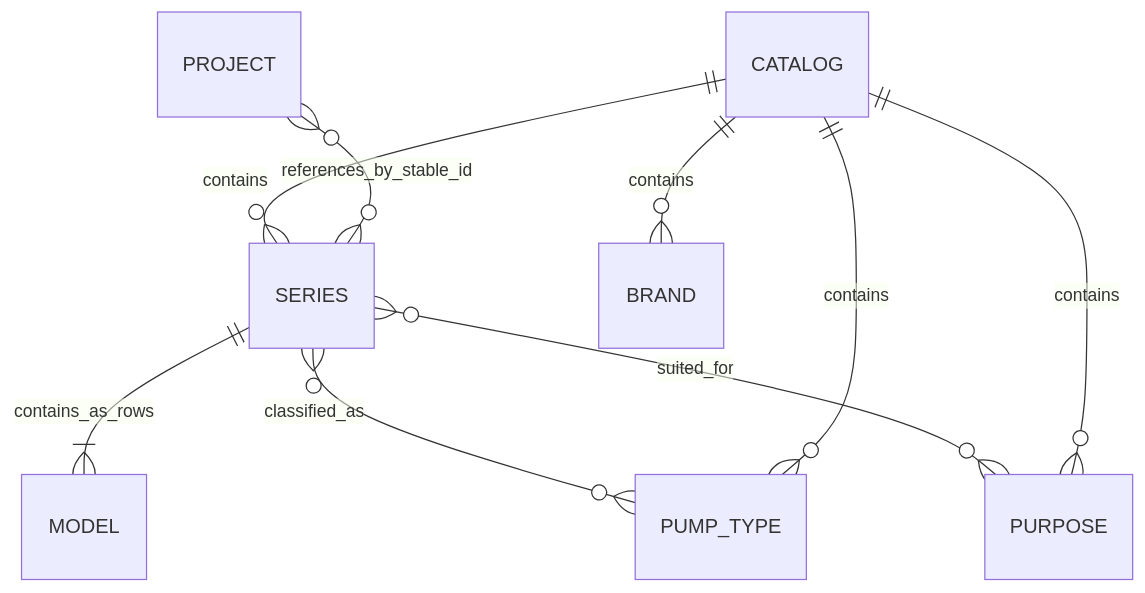
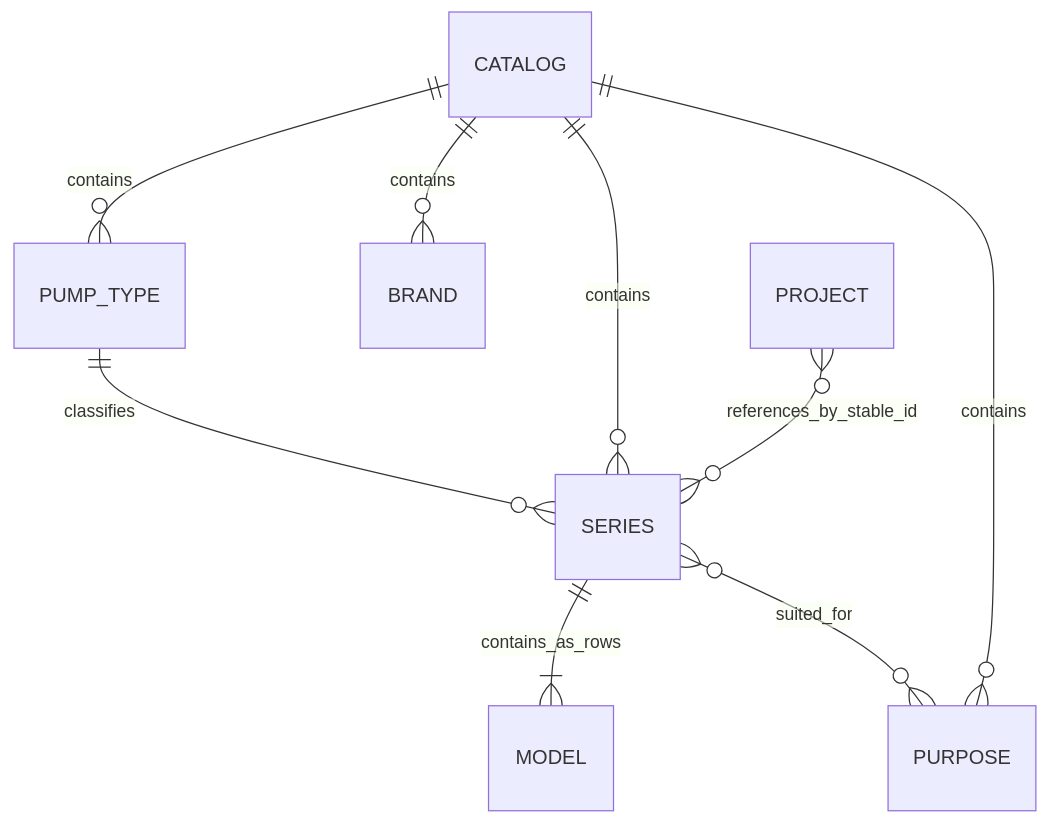
One commit to fred831226/JP-website changed the third of 3 diagrams in _bmad-output/planning-artifacts/architecture/architecture-JP-Website-2026-07-21/ARCHITECTURE-SPINE.md. Above: the diagram before and after it, drawn with Mermaid. The commit also changed other lines of this file and 48 other files, not shown here.

````diff
--- a/_bmad-output/planning-artifacts/architecture/architecture-JP-Website-2026-07-21/ARCHITECTURE-SPINE.md
+++ b/_bmad-output/planning-artifacts/architecture/architecture-JP-Website-2026-07-21/ARCHITECTURE-SPINE.md
@@ -256,11 +256,11 @@
 ```mermaid
 erDiagram
   PROJECT }o--o{ SERIES : references_by_stable_id
   CATALOG ||--o{ BRAND : contains
   CATALOG ||--o{ PUMP_TYPE : contains
   CATALOG ||--o{ PURPOSE : contains
   CATALOG ||--o{ SERIES : contains
   SERIES ||--|{ MODEL : contains_as_rows
-  SERIES }o--o{ PUMP_TYPE : classified_as
+  PUMP_TYPE ||--o{ SERIES : classifies
   SERIES }o--o{ PURPOSE : suited_for
 ```
````
